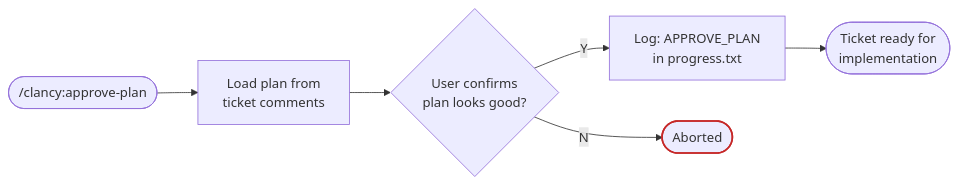
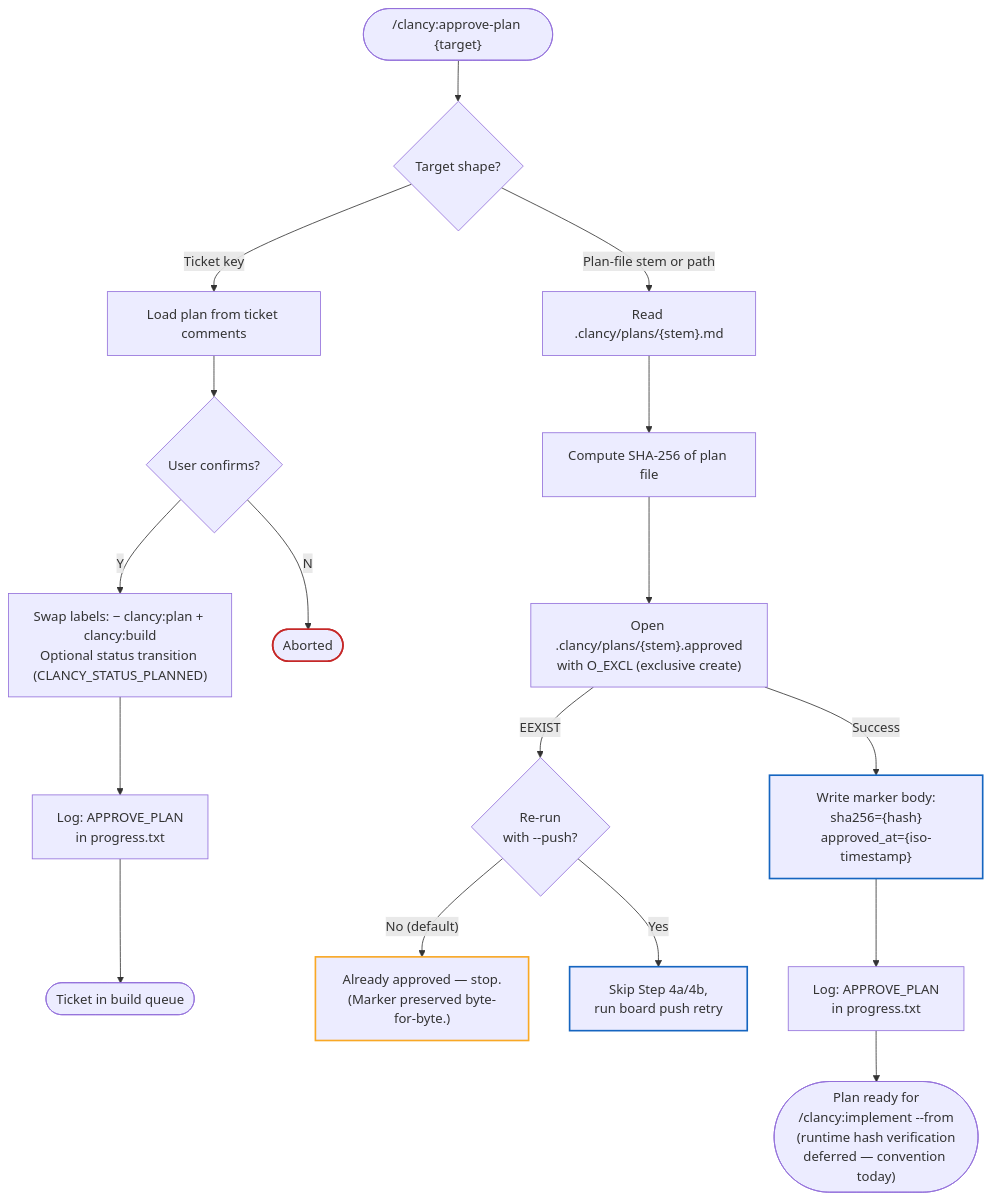
Before and after one commit to Pushedskydiver/chief-clancy: diagram 11 of 14 in docs/VISUAL-ARCHITECTURE.md, drawn with Mermaid. The commit also changed other lines of this file and 11 other files, not shown here.

First line of the commit message:
📦 chore: Changeset for local-init-flow (dev + terminal patch) (#291)

````diff
--- a/docs/VISUAL-ARCHITECTURE.md
+++ b/docs/VISUAL-ARCHITECTURE.md
@@ -590,10 +650,27 @@
 ```mermaid
-flowchart LR
-    Approve(["/clancy:approve-plan"]) --> Load["Load plan from\nticket comments"]
-    Load --> Confirm{"User confirms\nplan looks good?"}
-    Confirm -->|"Y"| LogApprove["Log: APPROVE_PLAN\nin progress.txt"]
-    Confirm -->|"N"| Stop(["Aborted"])
-    LogApprove --> Ready(["Ticket ready for\nimplementation"])
+flowchart TD
+    Approve(["/clancy:approve-plan {target}"]) --> Resolve{"Target shape?"}
 
-    style Stop stroke:#c62828,stroke-width:2px
+    Resolve -->|Ticket key| BoardPath["Load plan from ticket comments"]
+    Resolve -->|Plan-file stem or path| LocalPath["Read .clancy/plans/{stem}.md"]
+
+    BoardPath --> ConfirmB{"User confirms?"}
+    ConfirmB -->|"Y"| TransitionB["Swap labels: − clancy:plan + clancy:build\nOptional status transition (CLANCY_STATUS_PLANNED)"]
+    ConfirmB -->|"N"| StopB(["Aborted"])
+    TransitionB --> LogB["Log: APPROVE_PLAN\nin progress.txt"]
+    LogB --> ReadyB(["Ticket in build queue"])
+
+    LocalPath --> HashFile["Compute SHA-256 of plan file"]
+    HashFile --> OpenExcl["Open .clancy/plans/{stem}.approved\nwith O_EXCL (exclusive create)"]
+    OpenExcl -->|"Success"| WriteMarker["Write marker body:\nsha256={hash}\napproved_at={iso-timestamp}"]
+    OpenExcl -->|"EEXIST"| Existing{"Re-run\nwith --push?"}
+    Existing -->|"No (default)"| AlreadyApproved["Already approved — stop.\n(Marker preserved byte-for-byte.)"]
+    Existing -->|"Yes"| PushFallthrough["Skip Step 4a/4b,\nrun board push retry"]
+    WriteMarker --> LogL["Log: APPROVE_PLAN\nin progress.txt"]
+    LogL --> ReadyL(["Plan ready for\n/clancy:implement --from\n(runtime hash verification\ndeferred — convention today)"])
+
+    style StopB stroke:#c62828,stroke-width:2px
+    style AlreadyApproved stroke:#f9a825,stroke-width:2px
+    style PushFallthrough stroke:#1565c0,stroke-width:2px
+    style WriteMarker stroke:#1565c0,stroke-width:2px
 ```
````
